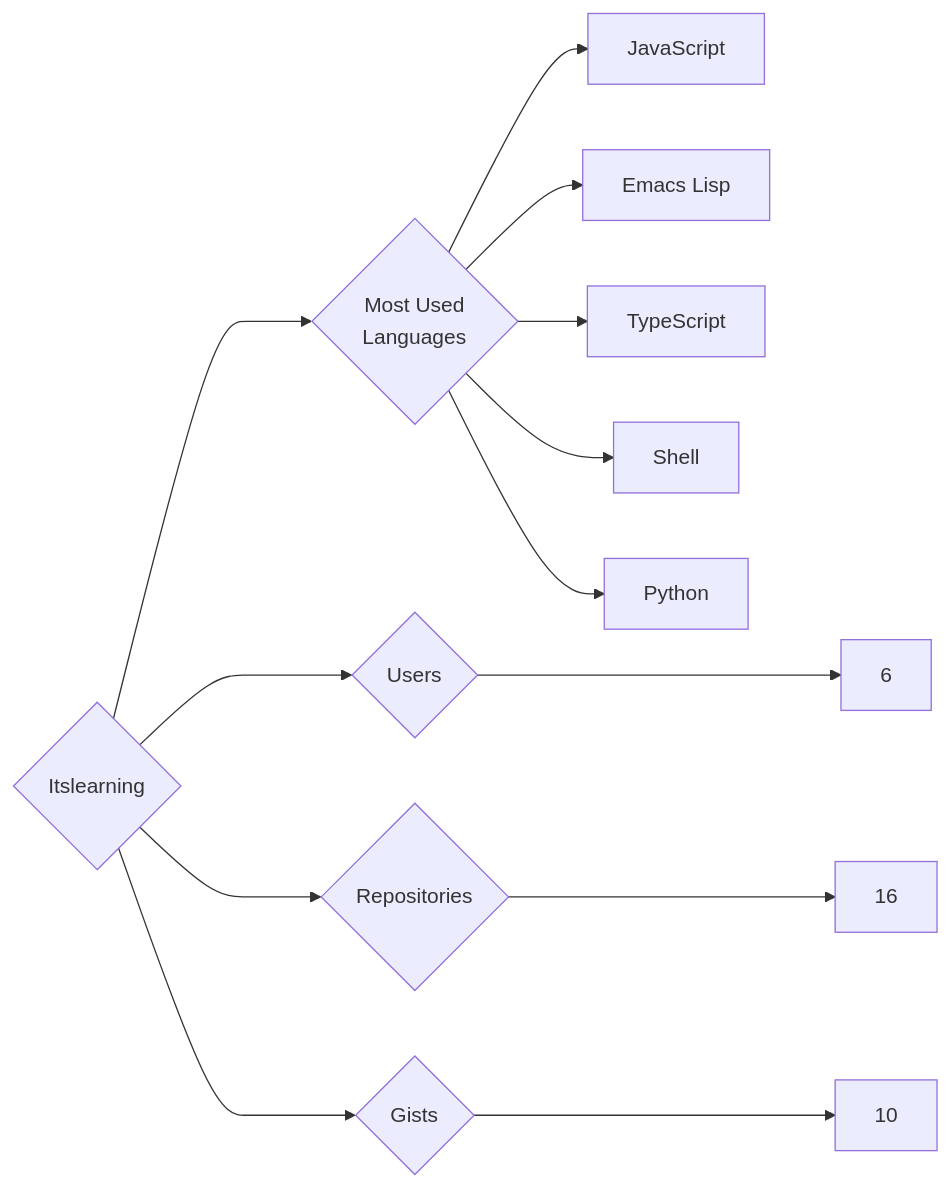
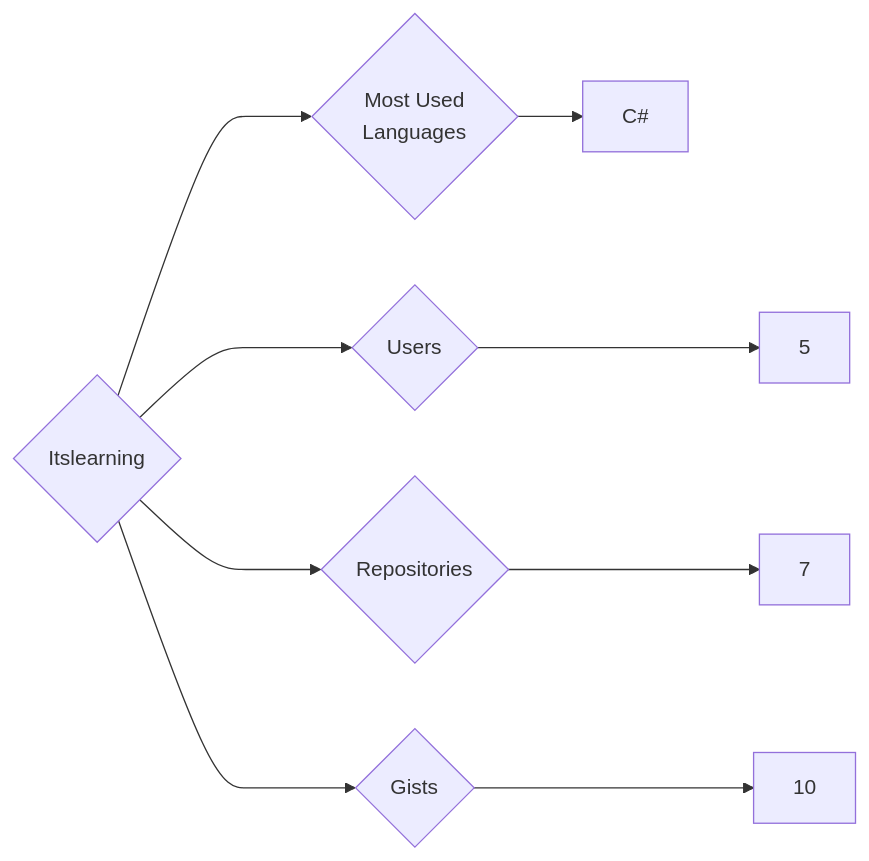
The diagram in targets/Itslearning/README.md (trickest/insiders), drawn with Mermaid before and after one commit. The commit also changed 775 other files, not shown here.

````diff
--- a/targets/Itslearning/README.md
+++ b/targets/Itslearning/README.md
@@ -3,13 +3,9 @@
 ```mermaid
 graph LR
 COMPANY_NAME{Itslearning}
-COMPANY_NAME ---> U{Users} ---> UN[6]
-COMPANY_NAME ---> R{Repositories} ---> RN[16]
+COMPANY_NAME ---> U{Users} ---> UN[5]
+COMPANY_NAME ---> R{Repositories} ---> RN[7]
 COMPANY_NAME ---> G{Gists} ---> GN[10]
 COMPANY_NAME ---> ML{Most Used<br>Languages}
-ML --> JavaScript[JavaScript]
-ML --> Emacs_Lisp[Emacs Lisp]
-ML --> TypeScript[TypeScript]
-ML --> Shell[Shell]
-ML --> Python[Python]
+ML --> C#[C#]
 ```
````
